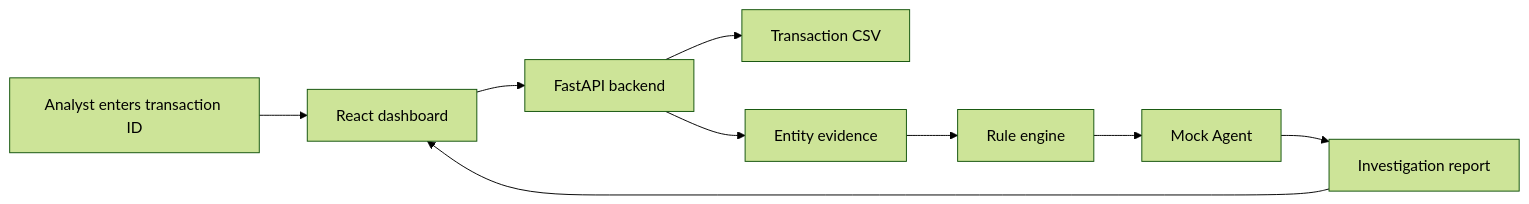
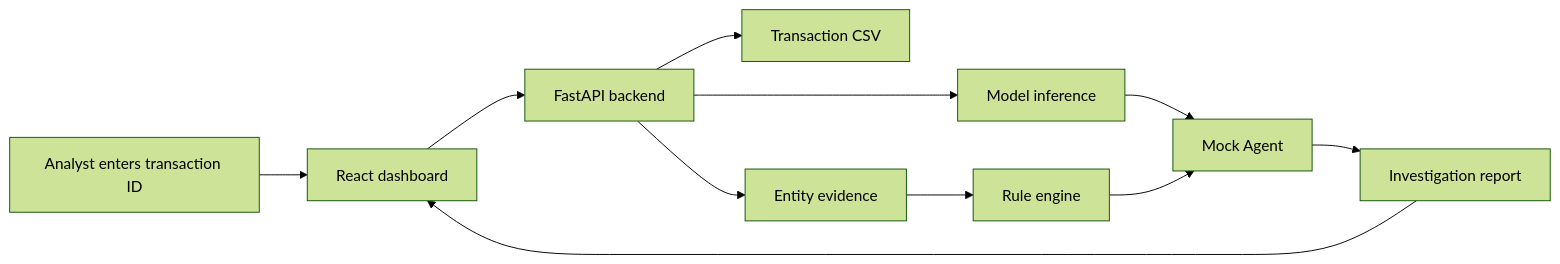
One commit to W3d6657W3d/fraudguard-agent changed the diagram in README.md. Above: the diagram before and after it, drawn with Mermaid (forest theme). The commit also changed other lines of this file and 22 other files, not shown here.

````diff
--- a/README.md
+++ b/README.md
@@ -38,11 +41,13 @@
 ```mermaid
 flowchart LR
     A["Analyst enters transaction ID"] --> B["React dashboard"]
     B --> C["FastAPI backend"]
     C --> D["Transaction CSV"]
-    C --> E["Entity evidence"]
-    E --> F["Rule engine"]
-    F --> G["Mock Agent"]
-    G --> H["Investigation report"]
-    H --> B
+    C --> E["Model inference"]
+    C --> F["Entity evidence"]
+    F --> G["Rule engine"]
+    E --> H["Mock Agent"]
+    G --> H
+    H --> I["Investigation report"]
+    I --> B
 ```
````
